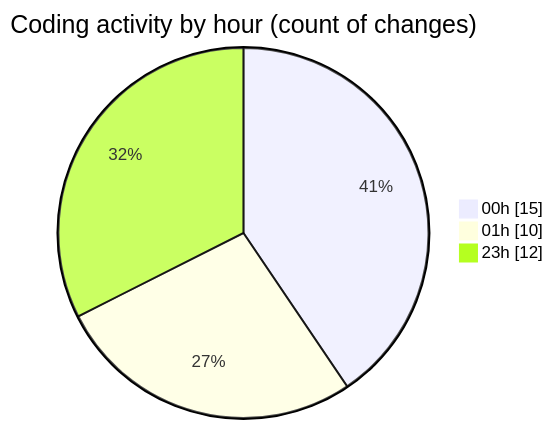
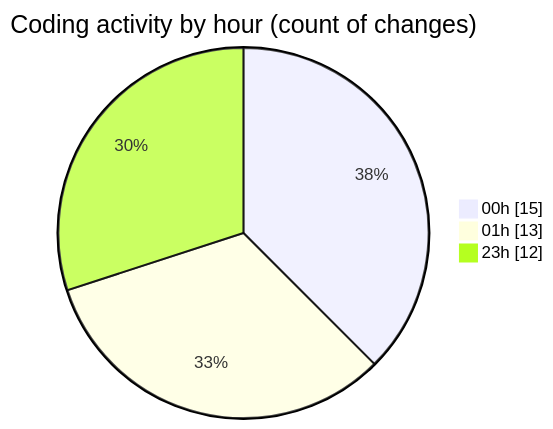
Before and after one commit to julien-gomy/code-tracking: the second of 2 diagrams in 2025-10-31/eventscop-frontend-guide__workspace_/README.md, drawn with Mermaid. The commit also changed other lines of this file and 1 other file, not shown here.

````diff
--- a/2025-10-31/eventscop-frontend-guide__workspace_/README.md
+++ b/2025-10-31/eventscop-frontend-guide__workspace_/README.md
@@ -37,7 +37,7 @@
 ```mermaid
 pie showData
 title Coding activity by hour (count of changes)
 "00h" : 15
-"01h" : 10
+"01h" : 13
 "23h" : 12
 ```
````
